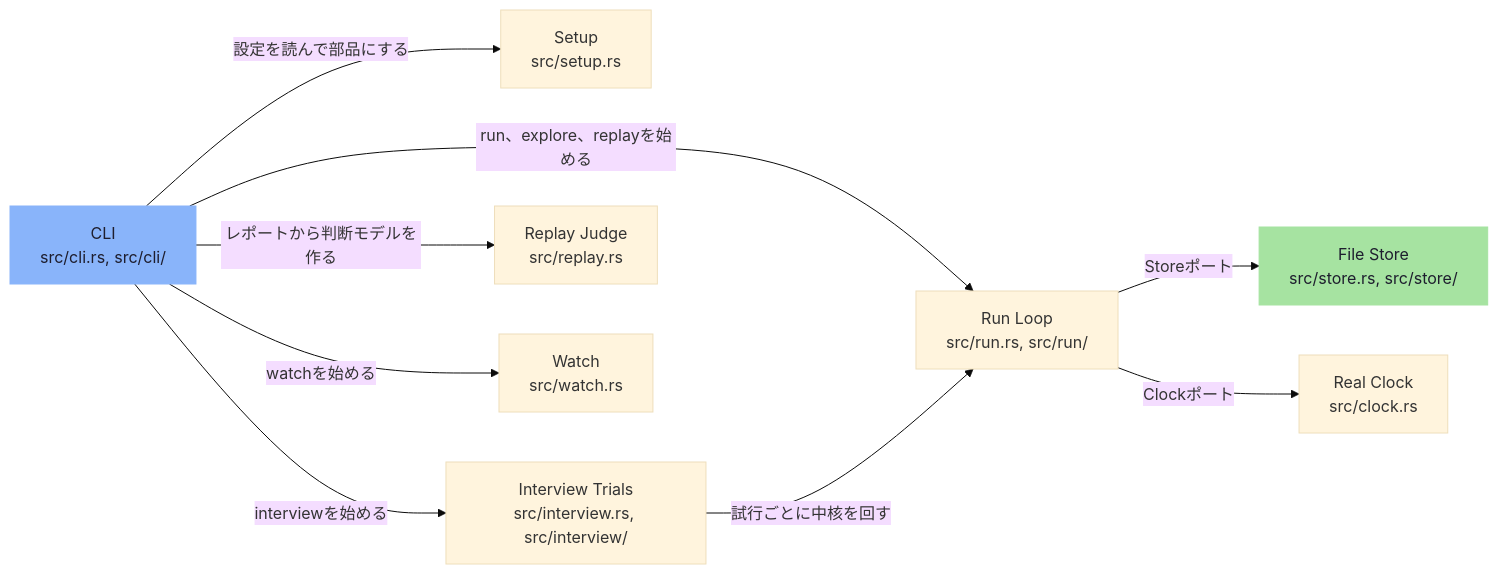
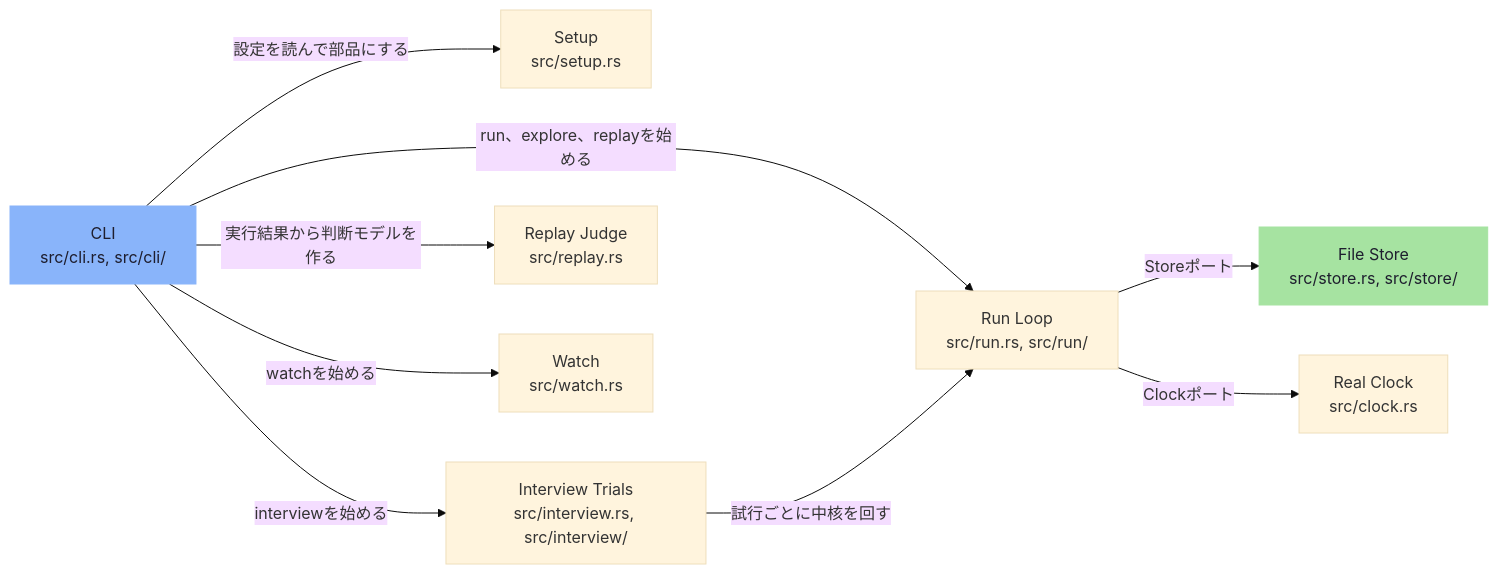
Before and after one commit to Hakkadaikon/webqa-explorer: the diagram in .omm/overall-architecture/webqa/diagram.mmd, drawn with Mermaid (base theme). The commit also changed 23 other files, not shown here.

```diff
--- a/.omm/overall-architecture/webqa/diagram.mmd
+++ b/.omm/overall-architecture/webqa/diagram.mmd
@@ -1,19 +1,19 @@
 graph LR
     cli["CLI\nsrc/cli.rs, src/cli/"]:::entry
     setup["Setup\nsrc/setup.rs"]
     run-loop["Run Loop\nsrc/run.rs, src/run/"]
     interview-trials["Interview Trials\nsrc/interview.rs, src/interview/"]
     replay-judge["Replay Judge\nsrc/replay.rs"]
     watch["Watch\nsrc/watch.rs"]
     file-store["File Store\nsrc/store.rs, src/store/"]:::store
     real-clock["Real Clock\nsrc/clock.rs"]
     cli -->|"設定を読んで部品にする"| setup
     cli -->|"run、explore、replayを始める"| run-loop
     cli -->|"interviewを始める"| interview-trials
-    cli -->|"レポートから判断モデルを作る"| replay-judge
+    cli -->|"実行結果から判断モデルを作る"| replay-judge
     cli -->|"watchを始める"| watch
     interview-trials -->|"試行ごとに中核を回す"| run-loop
     run-loop -->|"Storeポート"| file-store
     run-loop -->|"Clockポート"| real-clock
     classDef entry fill:#89b4fa,stroke:#89b4fa,color:#1e1e2e
     classDef store fill:#a6e3a1,stroke:#a6e3a1,color:#1e1e2e
```
